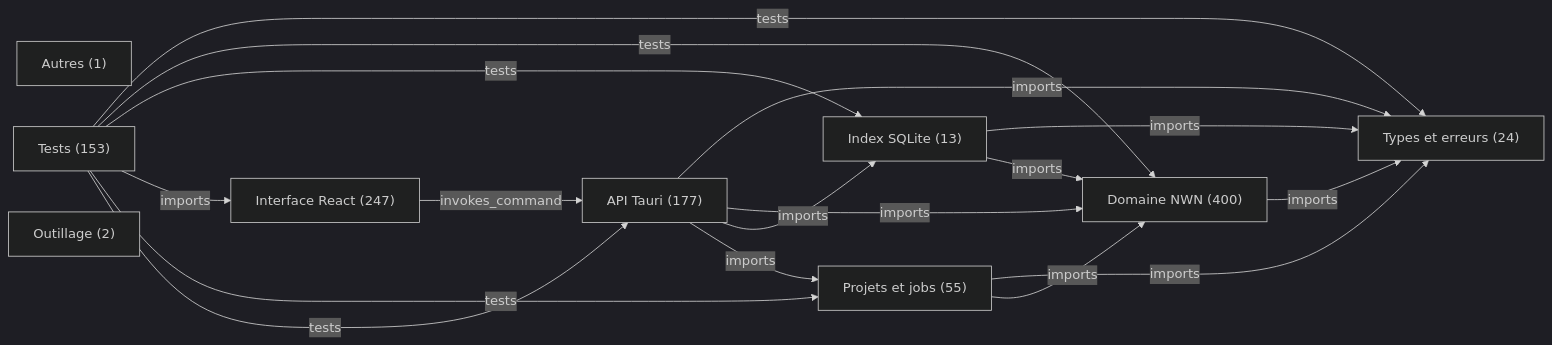
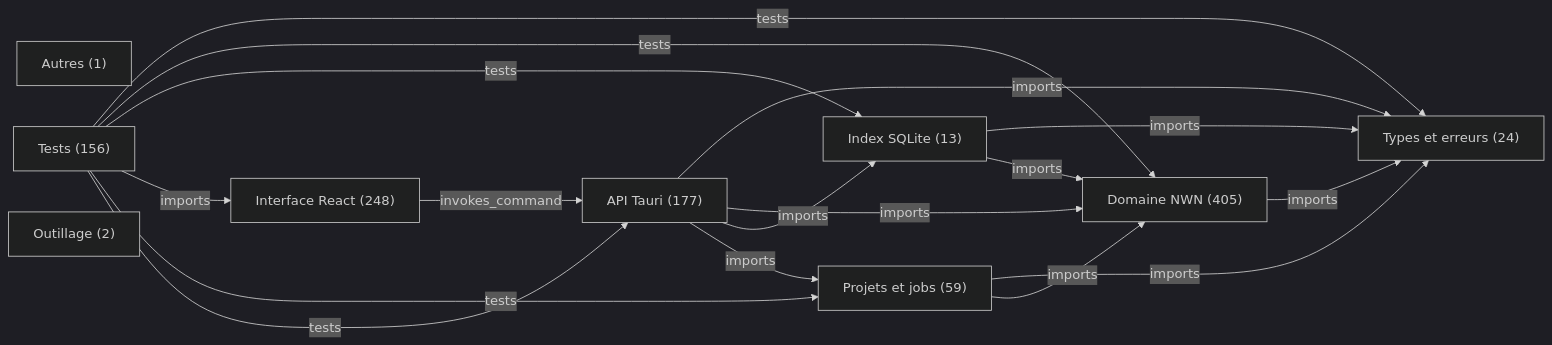
The diagram in docs/architecture/overview.mmd (Karenax/OpenNever_Forge), drawn with Mermaid (dark theme) before and after one commit. The commit also changed 37 other files, not shown here.

```diff
--- a/docs/architecture/overview.mmd
+++ b/docs/architecture/overview.mmd
@@ -1,26 +1,26 @@
 flowchart LR
   layer_0["Types et erreurs (24)"]
-  layer_1["Domaine NWN (400)"]
+  layer_1["Domaine NWN (405)"]
   layer_2["Index SQLite (13)"]
-  layer_3["Interface React (247)"]
+  layer_3["Interface React (248)"]
   layer_4["Autres (1)"]
-  layer_5["Projets et jobs (55)"]
+  layer_5["Projets et jobs (59)"]
   layer_6["API Tauri (177)"]
-  layer_7["Tests (153)"]
+  layer_7["Tests (156)"]
   layer_8["Outillage (2)"]
   layer_1 -->|"imports"| layer_0
   layer_2 -->|"imports"| layer_0
   layer_2 -->|"imports"| layer_1
   layer_3 -->|"invokes_command"| layer_6
   layer_5 -->|"imports"| layer_0
   layer_5 -->|"imports"| layer_1
   layer_6 -->|"imports"| layer_0
   layer_6 -->|"imports"| layer_1
   layer_6 -->|"imports"| layer_2
   layer_6 -->|"imports"| layer_5
   layer_7 -->|"tests"| layer_0
   layer_7 -->|"tests"| layer_1
   layer_7 -->|"tests"| layer_2
   layer_7 -->|"imports"| layer_3
   layer_7 -->|"tests"| layer_5
   layer_7 -->|"tests"| layer_6
```
